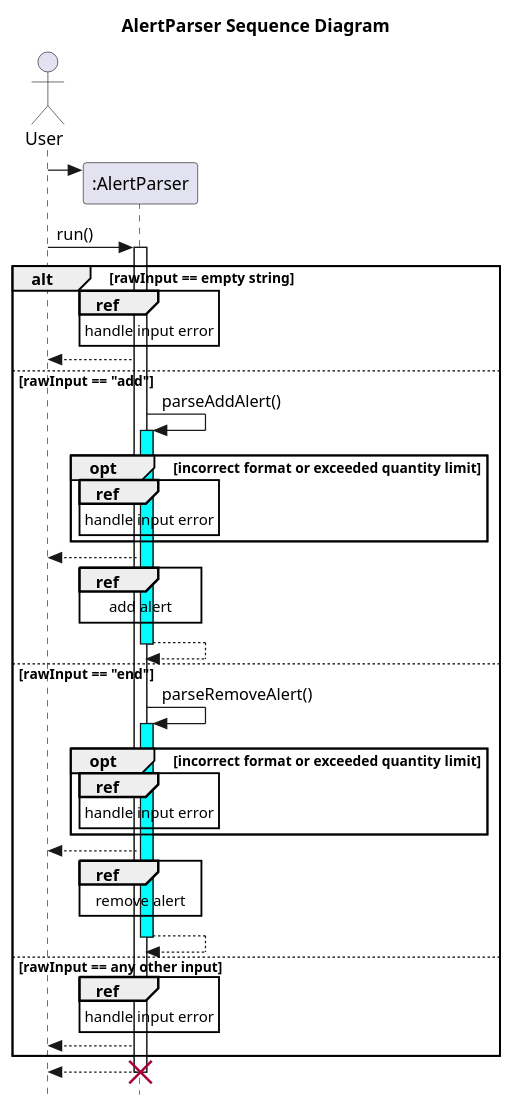
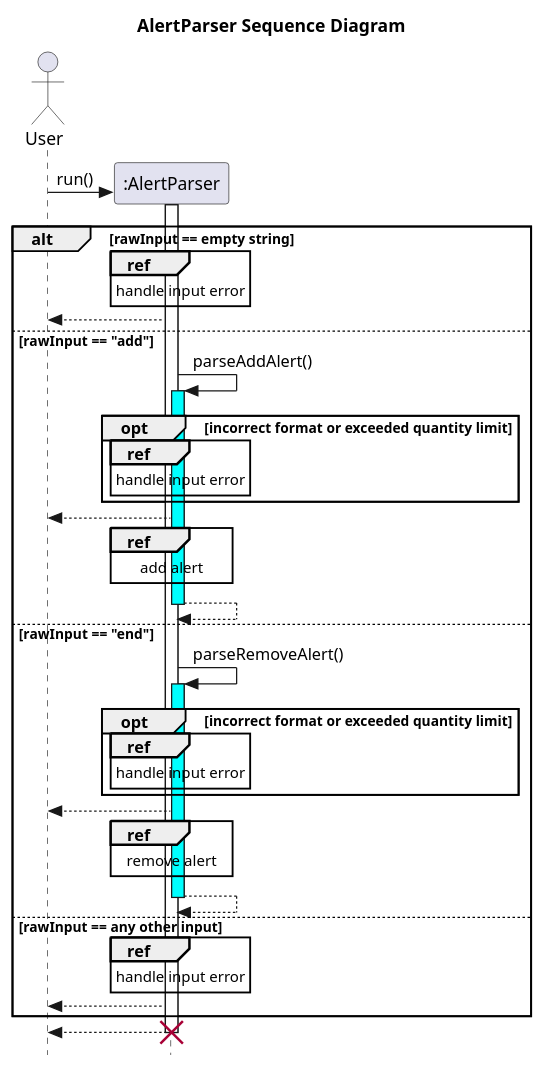
The diagram in docs/UML/Alert/AlertParser.puml (nus-cs2113-AY2223S2/tp), drawn with PlantUML before and after one commit. The commit also changed 1 other file, not shown here.

Commit message:
Update sequence diagrams for ListCommand and AlertParser

```diff
--- a/docs/UML/Alert/AlertParser.puml
+++ b/docs/UML/Alert/AlertParser.puml
@@ -1,64 +1,63 @@
 @startuml
 'https://plantuml.com/sequence-diagram
 title AlertParser Sequence Diagram
 
 skinparam style strictuml
 actor User
 participant ":AlertParser"
-User -> ":AlertParser" **
 
-User -> ":AlertParser": run()
+User -> ":AlertParser" **:run()
 activate ":AlertParser"
 
 alt rawInput == empty string
     ref over ":AlertParser"
         handle input error
     end
     ":AlertParser" --> User
 
 
 else rawInput == "add"
 
     ":AlertParser" -> ":AlertParser": parseAddAlert()
     activate ":AlertParser" #cyan
         opt incorrect format or exceeded quantity limit
             ref over ":AlertParser"
                 handle input error
             end ref
         end
 
     ":AlertParser" --> User
         ref over ":AlertParser"
             add alert
         end ref
     return
 
 else rawInput == "end"
 
     ":AlertParser" -> ":AlertParser": parseRemoveAlert()
      activate ":AlertParser" #cyan
         opt incorrect format or exceeded quantity limit
             ref over ":AlertParser"
                 handle input error
             end ref
         end
 
     ":AlertParser" --> User
         ref over ":AlertParser"
             remove alert
         end ref
     return
 
 
 else rawInput == any other input
    ref over ":AlertParser"
     handle input error
     end ref
     ":AlertParser" --> User
 end
 return
 destroy ":AlertParser"
 
 
 
 @enduml
```
